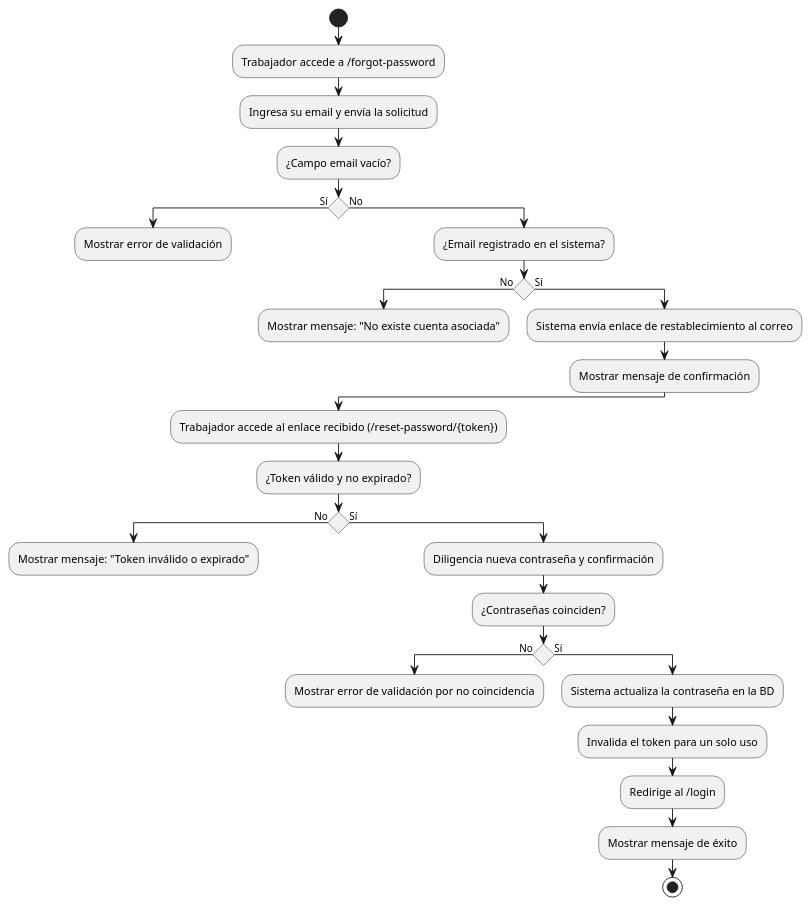
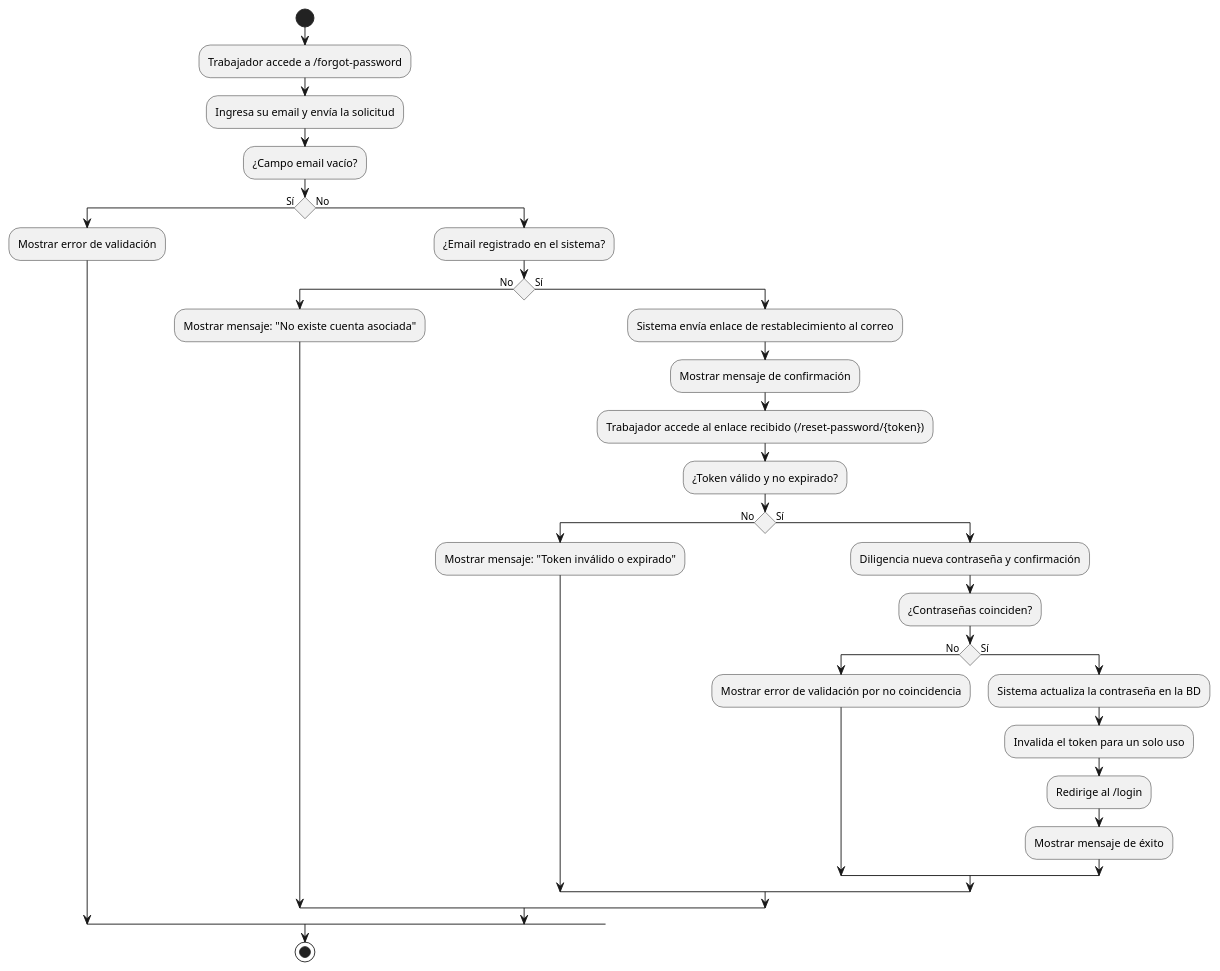
One commit to MasterErrorCLONE04/SIGERD.1.0 changed the diagram in document/diagrama_actividades/TRB/TRB-3.md. Above: the diagram before and after it, drawn with PlantUML. The commit also changed 28 other files, not shown here.

````diff
--- a/document/diagrama_actividades/TRB/TRB-3.md
+++ b/document/diagrama_actividades/TRB/TRB-3.md
@@ -20,48 +20,44 @@
 ```plantuml
 @startuml
 skinparam ConditionEndStyle hline
 
 start
 
 :Trabajador accede a /forgot-password;
 :Ingresa su email y envía la solicitud;
 
 :¿Campo email vacío?;
 if () then (Sí)
   :Mostrar error de validación;
-  kill
 else (No)
   :¿Email registrado en el sistema?;
   if () then (No)
     :Mostrar mensaje: "No existe cuenta asociada";
-    kill
   else (Sí)
     :Sistema envía enlace de restablecimiento al correo;
     :Mostrar mensaje de confirmación;
+    
+    :Trabajador accede al enlace recibido (/reset-password/{token});
+    
+    :¿Token válido y no expirado?;
+    if () then (No)
+      :Mostrar mensaje: "Token inválido o expirado";
+    else (Sí)
+      :Diligencia nueva contraseña y confirmación;
+      
+      :¿Contraseñas coinciden?;
+      if () then (No)
+        :Mostrar error de validación por no coincidencia;
+      else (Sí)
+        :Sistema actualiza la contraseña en la BD;
+        :Invalida el token para un solo uso;
+        :Redirige al /login;
+        :Mostrar mensaje de éxito;
+      endif
+    endif
   endif
 endif
 
-:Trabajador accede al enlace recibido (/reset-password/{token});
-
-:¿Token válido y no expirado?;
-if () then (No)
-  :Mostrar mensaje: "Token inválido o expirado";
-  kill
-else (Sí)
-  :Diligencia nueva contraseña y confirmación;
-  
-  :¿Contraseñas coinciden?;
-  if () then (No)
-    :Mostrar error de validación por no coincidencia;
-    kill
-  else (Sí)
-    :Sistema actualiza la contraseña en la BD;
-    :Invalida el token para un solo uso;
-    :Redirige al /login;
-    :Mostrar mensaje de éxito;
-    stop
-  endif
-endif
-
+stop
 @enduml
 ```
````
